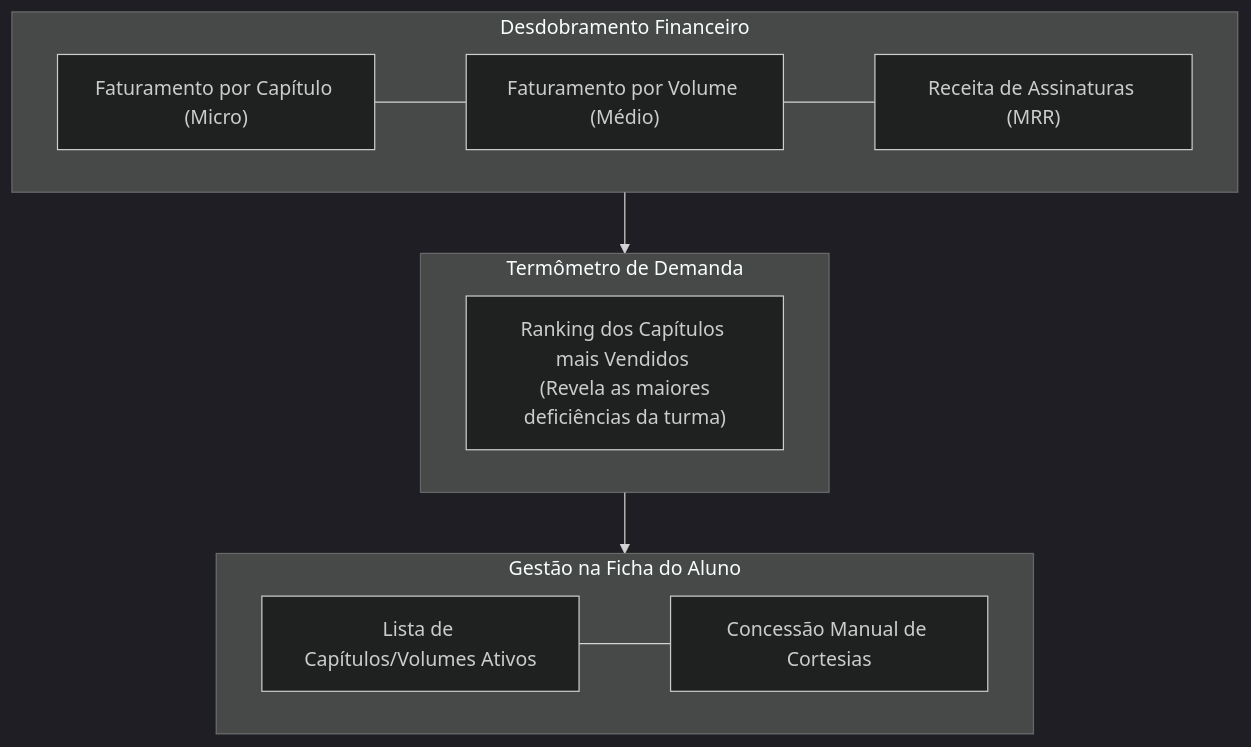
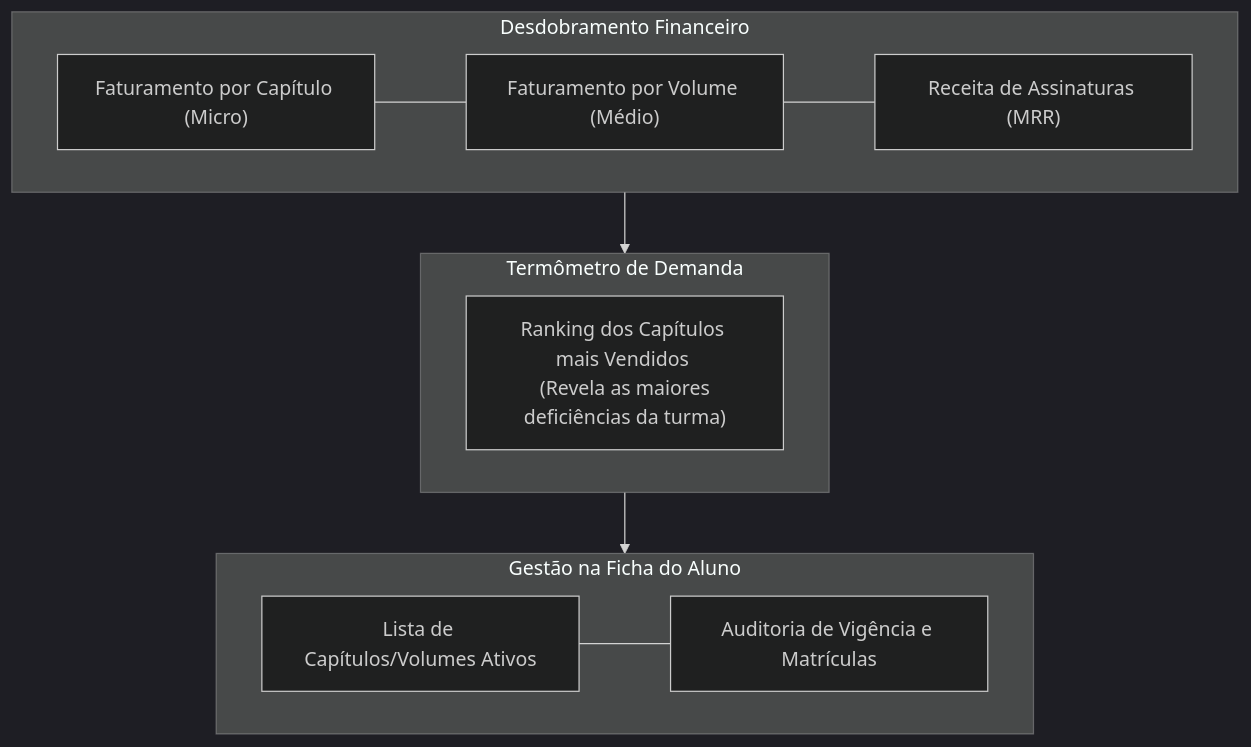
The fourth of 4 diagrams in docs/modules/pagamento/index.md (SiadeLucas/Tutor-Inteligente), drawn with Mermaid (dark theme) before and after one commit. The commit also changed other lines of this file and 28 other files, not shown here.

````diff
--- a/docs/modules/pagamento/index.md
+++ b/docs/modules/pagamento/index.md
@@ -104,17 +104,17 @@
 ```mermaid
 flowchart TD
     subgraph Receita["Desdobramento Financeiro"]
         R1["Faturamento por Capítulo (Micro)"] --- R2["Faturamento por Volume (Médio)"] --- R3["Receita de Assinaturas (MRR)"]
     end
     
     subgraph Pedagogico["Termômetro de Demanda"]
         P1["Ranking dos Capítulos mais Vendidos \n (Revela as maiores deficiências da turma)"]
     end
     
     subgraph Acessos["Gestão na Ficha do Aluno"]
-        A1["Lista de Capítulos/Volumes Ativos"] --- A2["Concessão Manual de Cortesias"]
+        A1["Lista de Capítulos/Volumes Ativos"] --- A2["Auditoria de Vigência e Matrículas"]
     end
     
     Receita --> Pedagogico
     Pedagogico --> Acessos
 ```
````
